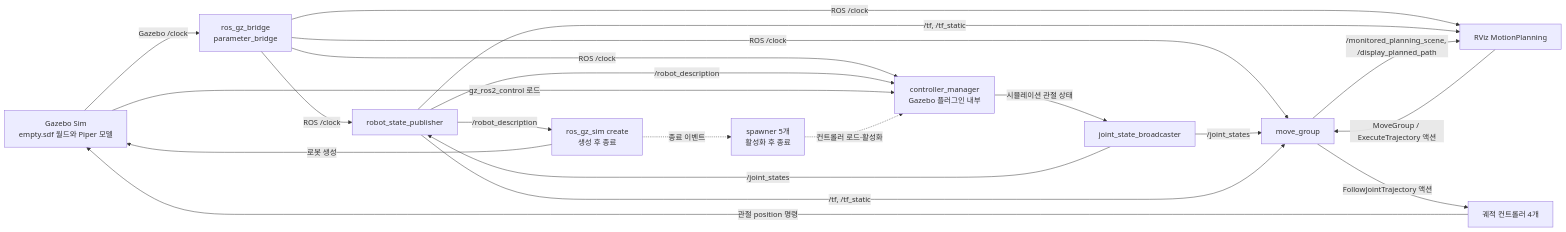
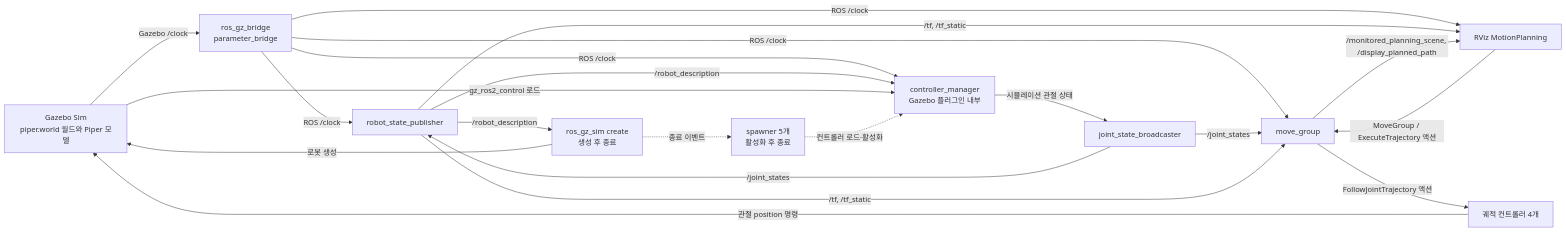
One commit to hjpark0724/robot_simulation changed the diagram in src/piper_arm_moveit_config/gazebo_launch.md. Above: the diagram before and after it, drawn with Mermaid. The commit also changed other lines of this file and 21 other files, not shown here.

````diff
--- a/src/piper_arm_moveit_config/gazebo_launch.md
+++ b/src/piper_arm_moveit_config/gazebo_launch.md
@@ -13,34 +13,34 @@
 ```mermaid
 flowchart LR
-    GZ["Gazebo Sim<br/>empty.sdf 월드와 Piper 모델"]
+    GZ["Gazebo Sim<br/>piper.world 월드와 Piper 모델"]
     BR["ros_gz_bridge<br/>parameter_bridge"]
     RSP["robot_state_publisher"]
     CREATE["ros_gz_sim create<br/>생성 후 종료"]
     CM["controller_manager<br/>Gazebo 플러그인 내부"]
     SP["spawner 5개<br/>활성화 후 종료"]
     JSB["joint_state_broadcaster"]
     TC["궤적 컨트롤러 4개"]
     MG["move_group"]
     RV["RViz MotionPlanning"]
 
     GZ -- "Gazebo /clock" --> BR
     BR -- "ROS /clock" --> RSP
     BR -- "ROS /clock" --> CM
     BR -- "ROS /clock" --> MG
     BR -- "ROS /clock" --> RV
     RSP -- "/robot_description" --> CREATE
     RSP -- "/robot_description" --> CM
     CREATE -- "로봇 생성" --> GZ
     GZ -- "gz_ros2_control 로드" --> CM
     CREATE -. "종료 이벤트" .-> SP
     SP -. "컨트롤러 로드·활성화" .-> CM
     CM -- "시뮬레이션 관절 상태" --> JSB
     JSB -- "/joint_states" --> RSP
     JSB -- "/joint_states" --> MG
     RSP -- "/tf, /tf_static" --> MG
     RSP -- "/tf, /tf_static" --> RV
     MG -- "/monitored_planning_scene, /display_planned_path" --> RV
     RV -- "MoveGroup / ExecuteTrajectory 액션" --> MG
     MG -- "FollowJointTrajectory 액션" --> TC
     TC -- "관절 position 명령" --> GZ
 ```
````
